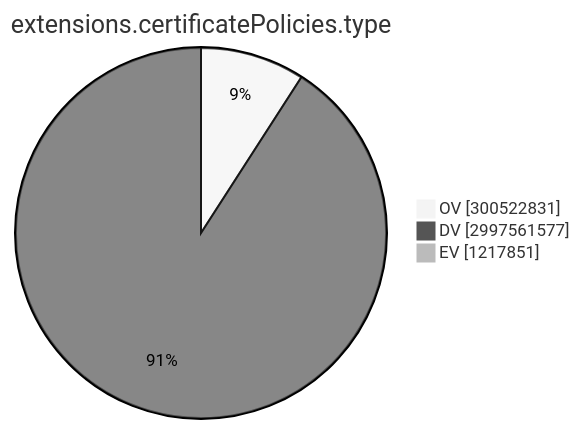
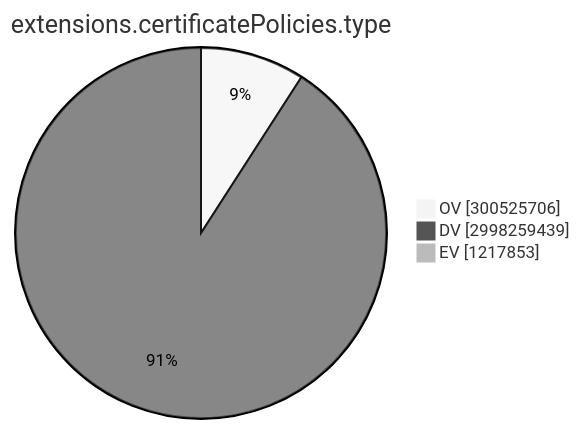
Before and after one commit to christiankrug/ctmonitor_visualization: the ninth of 15 diagrams in TOTAL/README.md, drawn with Mermaid (neutral theme). The commit also changed other lines of this file, not shown here.

````diff
--- a/TOTAL/README.md
+++ b/TOTAL/README.md
@@ -3102,7 +3102,7 @@
 ```mermaid
 pie showData
 title extensions.certificatePolicies.type
-"OV" :300522831
-"DV" :2997561577
-"EV" :1217851
+"OV" :300525706
+"DV" :2998259439
+"EV" :1217853
 ```
````
